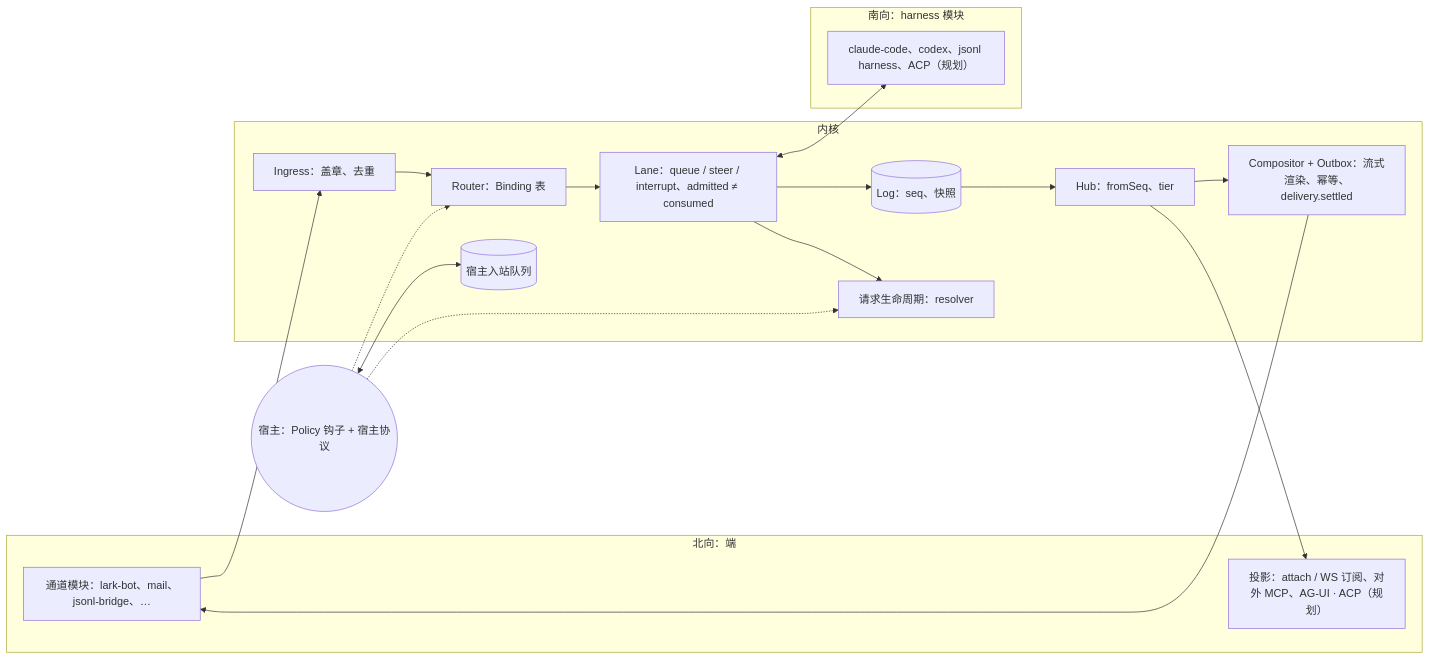
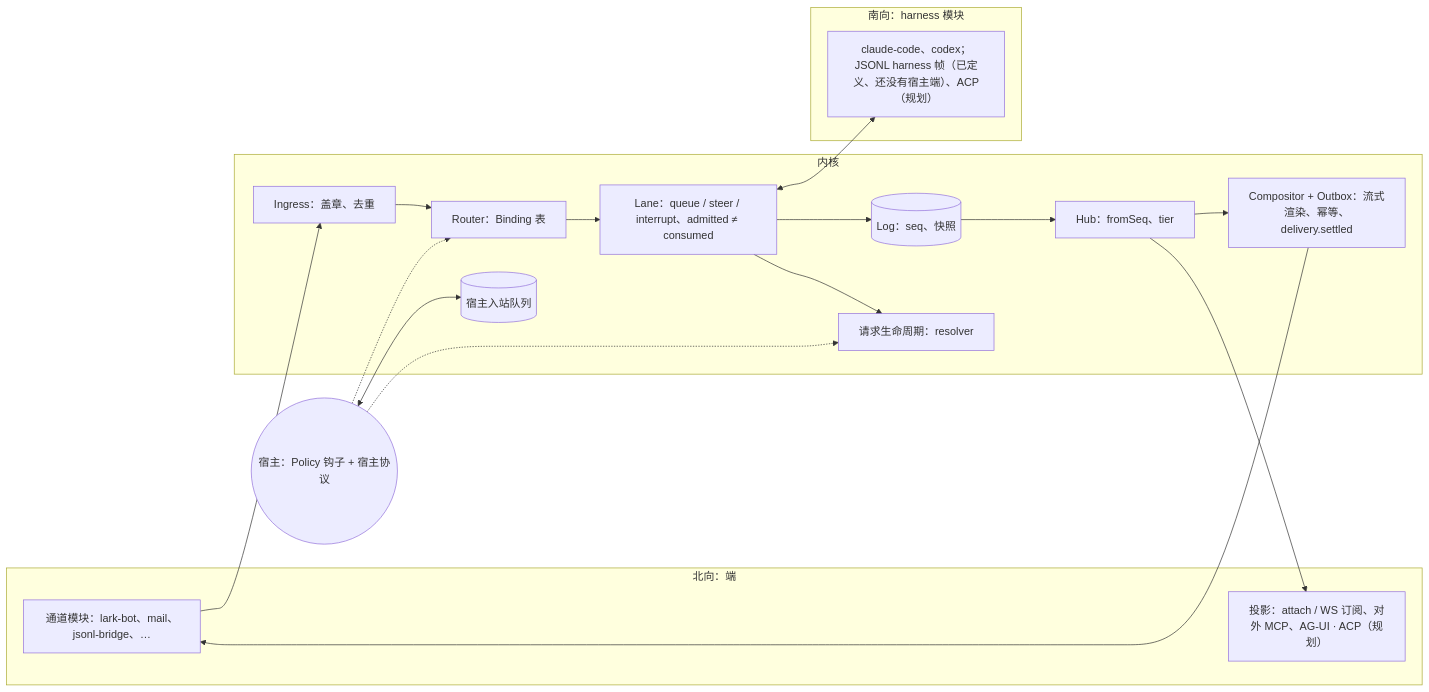
The diagram in docs/design/core-slimming/README.md (Ghost-LZW/agents-io), drawn with Mermaid before and after one commit. The commit also changed other lines of this file and 10 other files, not shown here.

````diff
--- a/docs/design/core-slimming/README.md
+++ b/docs/design/core-slimming/README.md
@@ -31,26 +31,26 @@
 ```mermaid
 flowchart LR
   subgraph North[北向：端]
     CH[通道模块：lark-bot、mail、jsonl-bridge、…]
     PJ[投影：attach / WS 订阅、对外 MCP、AG-UI · ACP（规划）]
   end
   subgraph Kernel[内核]
     IG[Ingress：盖章、去重] --> RT[Router：Binding 表]
     RT --> LN[Lane：queue / steer / interrupt、admitted ≠ consumed]
     LN --> LOG[(Log：seq、快照)]
     LOG --> HUB[Hub：fromSeq、tier]
     HUB --> CP[Compositor + Outbox：流式渲染、幂等、delivery.settled]
     LN --> RQ[请求生命周期：resolver]
     HQ[(宿主入站队列)]
   end
   subgraph South[南向：harness 模块]
-    HN[claude-code、codex、jsonl harness、ACP（规划）]
+    HN[claude-code、codex；JSONL harness 帧（已定义、还没有宿主端）、ACP（规划）]
   end
   Host((宿主：Policy 钩子 + 宿主协议)) -.-> RT
   Host -.-> RQ
   Host <--> HQ
   CH --> IG
   CP --> CH
   HUB --> PJ
   LN <--> HN
 ```
````
